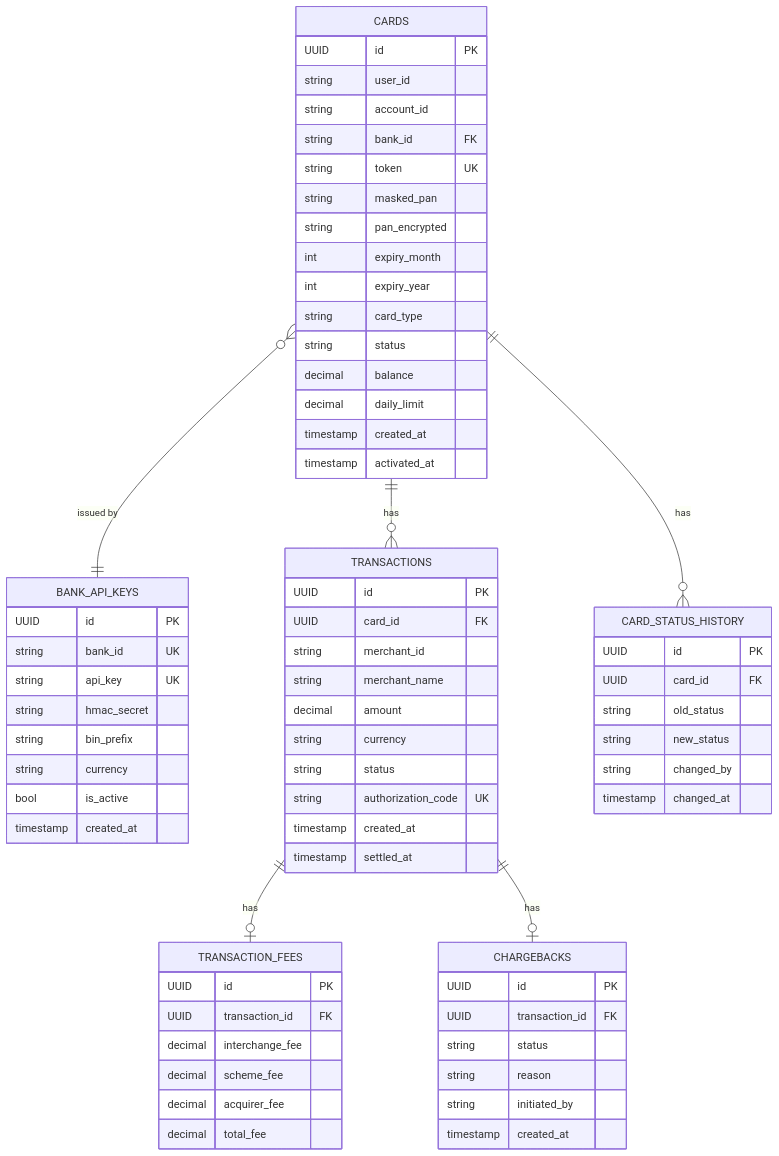
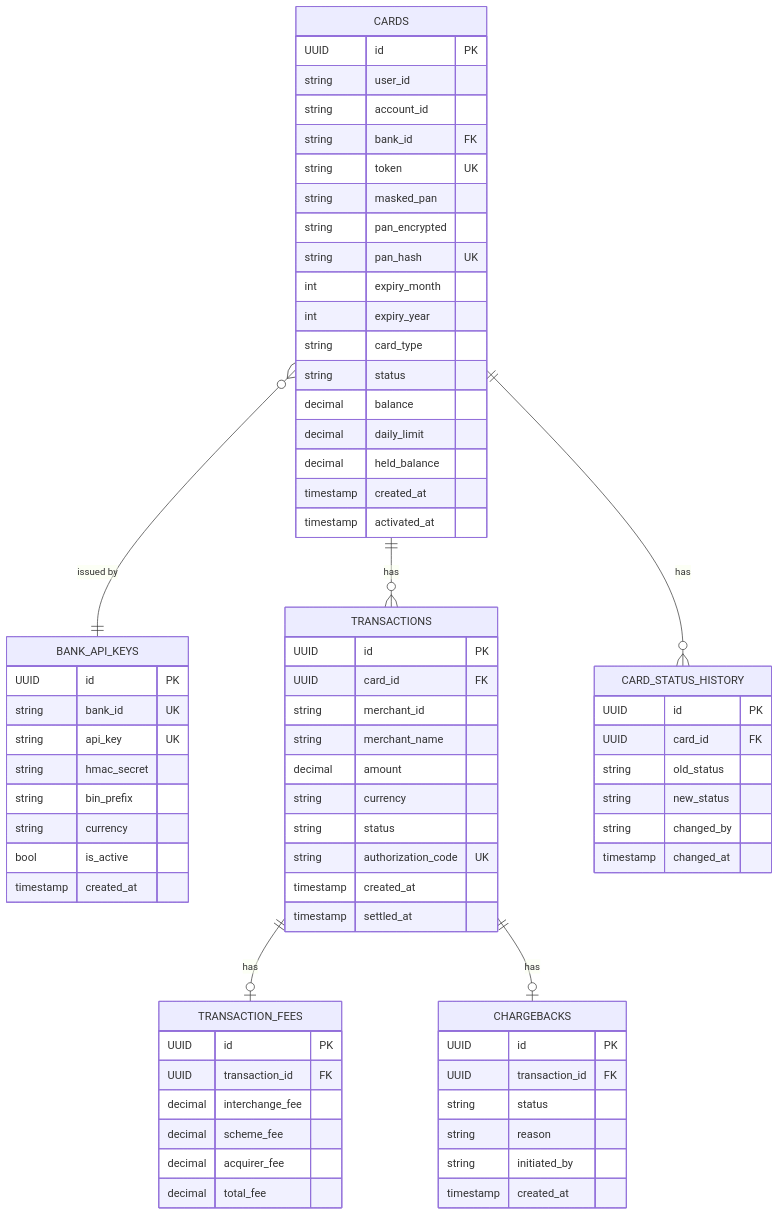
The sixth of 6 diagrams in README.md (FilipSl3/Karty-Platnicze-Aplikacje-Biznesowe), drawn with Mermaid before and after one commit. The commit also changed other lines of this file and 3 other files, not shown here.

````diff
--- a/README.md
+++ b/README.md
@@ -367,77 +440,79 @@
 ```mermaid
 erDiagram
     CARDS {
         UUID id PK
         string user_id
         string account_id
         string bank_id FK
         string token UK
         string masked_pan
         string pan_encrypted
+        string pan_hash UK
         int expiry_month
         int expiry_year
         string card_type
         string status
         decimal balance
         decimal daily_limit
+        decimal held_balance
         timestamp created_at
         timestamp activated_at
     }
 
     BANK_API_KEYS {
         UUID id PK
         string bank_id UK
         string api_key UK
         string hmac_secret
         string bin_prefix
         string currency
         bool is_active
         timestamp created_at
     }
 
     TRANSACTIONS {
         UUID id PK
         UUID card_id FK
         string merchant_id
         string merchant_name
         decimal amount
         string currency
         string status
         string authorization_code UK
         timestamp created_at
         timestamp settled_at
     }
 
     TRANSACTION_FEES {
         UUID id PK
         UUID transaction_id FK
         decimal interchange_fee
         decimal scheme_fee
         decimal acquirer_fee
         decimal total_fee
     }
 
     CARD_STATUS_HISTORY {
         UUID id PK
         UUID card_id FK
         string old_status
         string new_status
         string changed_by
         timestamp changed_at
     }
 
     CHARGEBACKS {
         UUID id PK
         UUID transaction_id FK
         string status
         string reason
         string initiated_by
         timestamp created_at
     }
 
     CARDS ||--o{ TRANSACTIONS : "has"
     CARDS ||--o{ CARD_STATUS_HISTORY : "has"
     CARDS }o--|| BANK_API_KEYS : "issued by"
     TRANSACTIONS ||--o| TRANSACTION_FEES : "has"
     TRANSACTIONS ||--o| CHARGEBACKS : "has"
 ```
````
